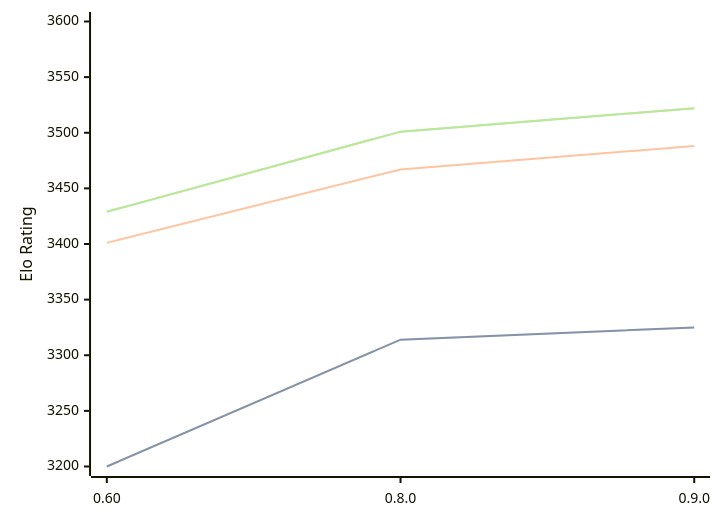
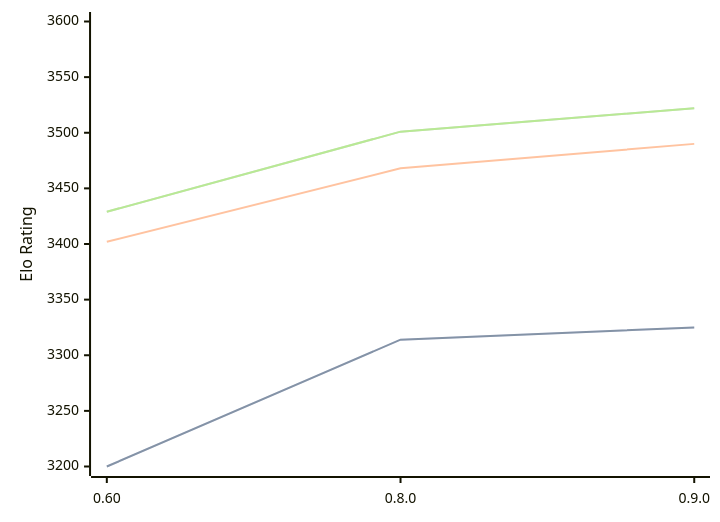
The diagram in engines/Motor.md (computer-chess-index/cci), drawn with Mermaid before and after one commit. The commit also changed other lines of this file, not shown here.

````diff
--- a/engines/Motor.md
+++ b/engines/Motor.md
@@ -33,11 +33,11 @@
 ```mermaid
 %%{init: {"theme":"base","themeVariables":{"seriesColors:['#a3a3a3','#222221','#faa371']}}}%%
 xychart-beta
   x-axis ["0.60", "0.8.0", "0.9.0"]
   y-axis "Elo Rating" 3200 --> 3600
   line "STC (8.0+0.08s)" [3200, 3314, 3325]
   line "STC (8.0+0.08s)" [3200, 3314, 3325]
-  line "LTC (60.0+0.60s)" [3401, 3467, 3488]
+  line "LTC (60.0+0.60s)" [3402, 3468, 3490]
   line "VLTC (2m24s+1.12s)" [3429, 3501, 3522]
   line "VLTC (2m24s+1.12s)" [3429, 3501, 3522]
 ```
````
